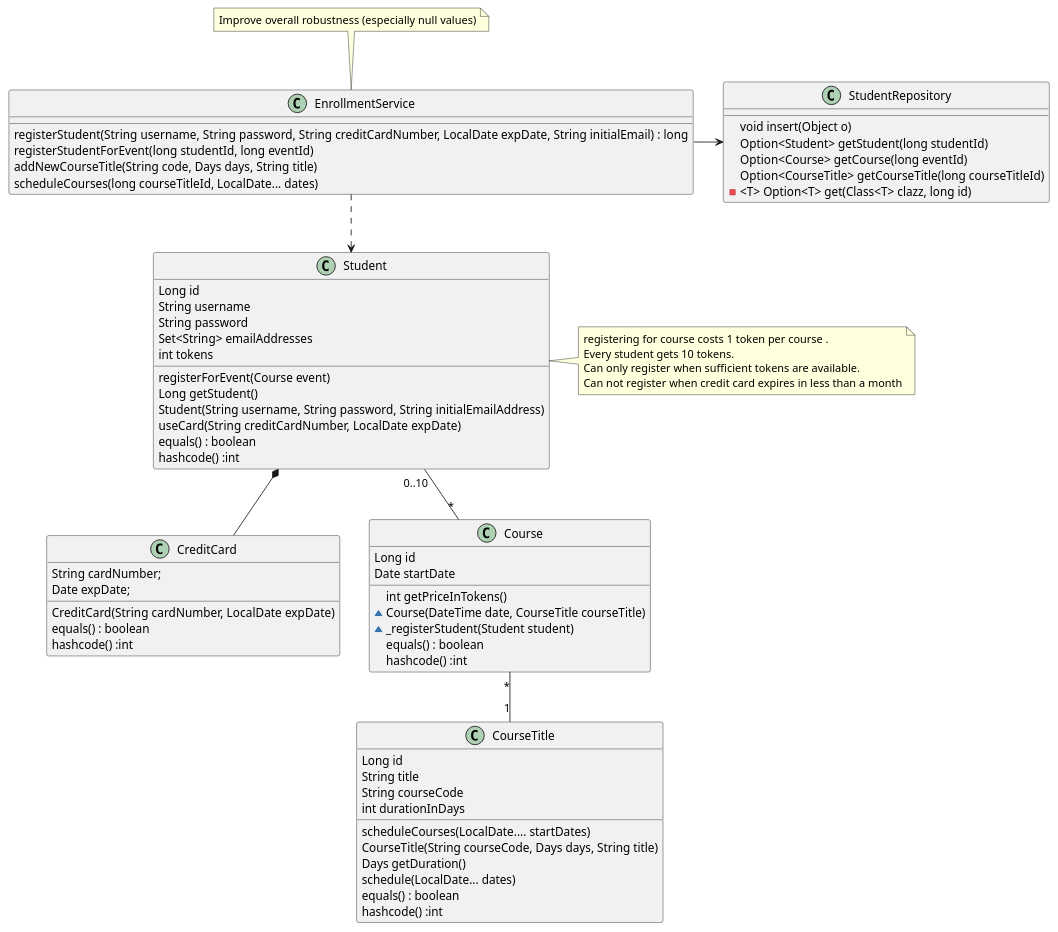
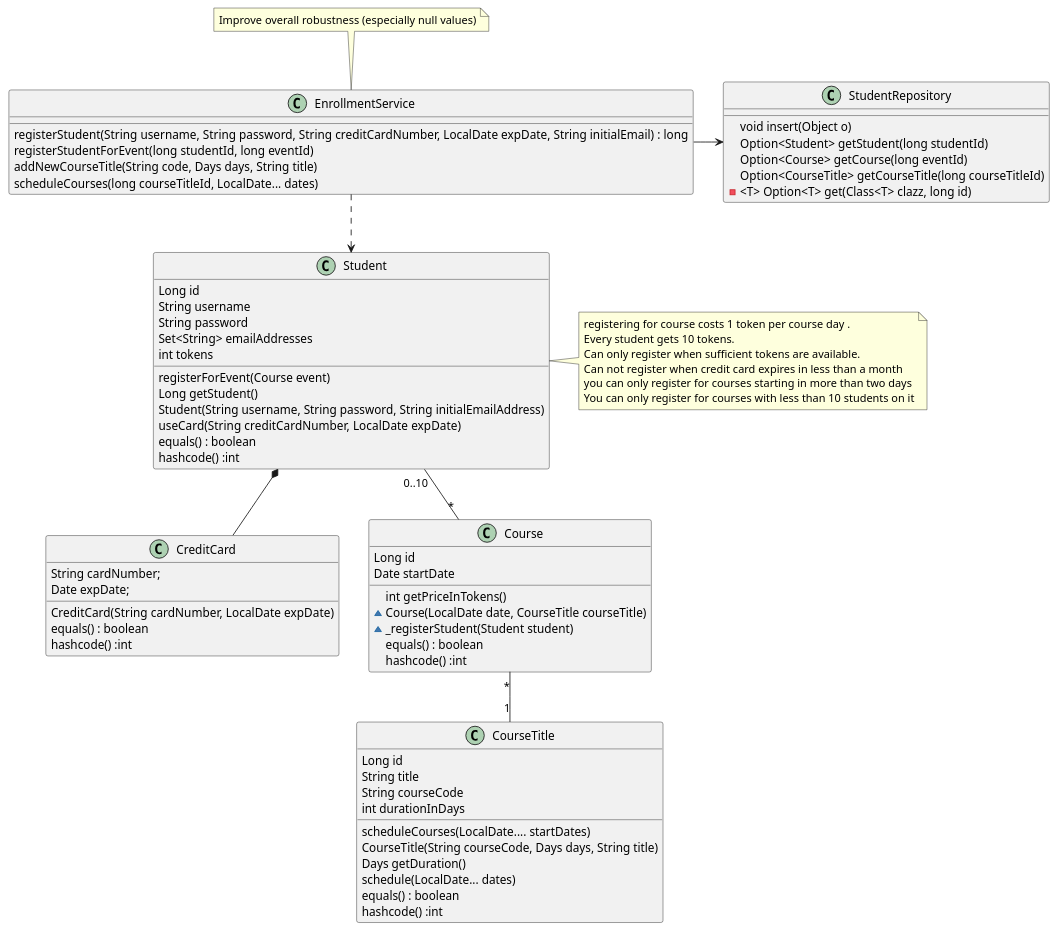
One commit to bigjim71/jpa-case changed the diagram in src/uml/clsdgrm.puml. Above: the diagram before and after it, drawn with PlantUML. The commit also changed 2 other files, not shown here.

Commit message:
Improved integration test with 'course should be available after planning'

```diff
--- a/src/uml/clsdgrm.puml
+++ b/src/uml/clsdgrm.puml
@@ -1,81 +1,81 @@
 @startuml
 
 
 
 
 class EnrollmentService{
   registerStudent(String username, String password, String creditCardNumber, LocalDate expDate, String initialEmail) : long
   registerStudentForEvent(long studentId, long eventId)
   addNewCourseTitle(String code, Days days, String title)
   scheduleCourses(long courseTitleId, LocalDate... dates)
 }
 note top of EnrollmentService:Improve overall robustness (especially null values)
 
 EnrollmentService ..> Student
 
 class StudentRepository{
   void insert(Object o)
   Option<Student> getStudent(long studentId)
   Option<Course> getCourse(long eventId)
   Option<CourseTitle> getCourseTitle(long courseTitleId)
   -<T> Option<T> get(Class<T> clazz, long id)
 }
 
 EnrollmentService -> StudentRepository
 
-note right of Student : registering for course costs 1 token per course .\nEvery student gets 10 tokens.\nCan only register when sufficient tokens are available.\nCan not register when credit card expires in less than a month
+note right of Student : registering for course costs 1 token per course day .\nEvery student gets 10 tokens.\nCan only register when sufficient tokens are available.\nCan not register when credit card expires in less than a month\nyou can only register for courses starting in more than two days\nYou can only register for courses with less than 10 students on it
 
 class Student {
   Long id
   String username
   String password
   Set<String> emailAddresses
   int tokens
   registerForEvent(Course event)
   Long getStudent()
   Student(String username, String password, String initialEmailAddress)
   useCard(String creditCardNumber, LocalDate expDate)
   equals() : boolean
   hashcode() :int
 }
 
 class CreditCard{
   String cardNumber;
   Date expDate;
   CreditCard(String cardNumber, LocalDate expDate)
   equals() : boolean
   hashcode() :int
 }
 
 Student *-- CreditCard
 
 Class Course{
    Long id
    Date startDate
    int getPriceInTokens()
-   ~Course(DateTime date, CourseTitle courseTitle)
+   ~Course(LocalDate date, CourseTitle courseTitle)
    ~_registerStudent(Student student)
    equals() : boolean
    hashcode() :int
 }
 
 
 class CourseTitle{
   Long id
   String title
   String courseCode
   int durationInDays
   scheduleCourses(LocalDate.... startDates)
   CourseTitle(String courseCode, Days days, String title)
   Days getDuration()
   schedule(LocalDate... dates)
   equals() : boolean
   hashcode() :int
 
 }
 
 
 Student "0..10" -- "*" Course
 Course "*" -- "1" CourseTitle
 
 @enduml
```
